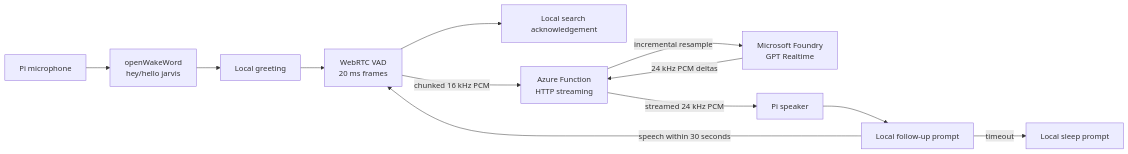
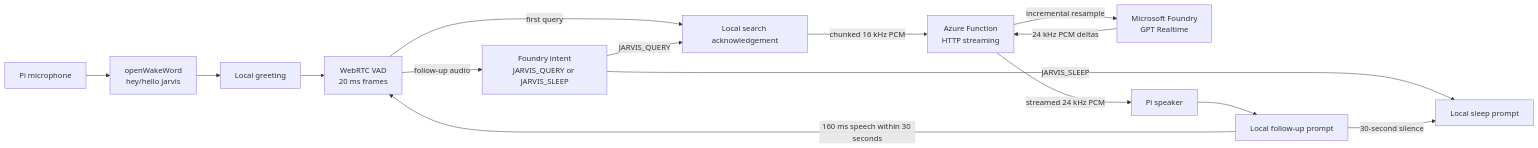
Before and after one commit to khanasif1/jarvis-home-automation: the diagram in _src/docs/architecture.md, drawn with Mermaid. The commit also changed other lines of this file and 17 other files, not shown here.

````diff
--- a/_src/docs/architecture.md
+++ b/_src/docs/architecture.md
@@ -5,14 +5,17 @@
 ```mermaid
 flowchart LR
     Mic[Pi microphone] --> Wake[openWakeWord<br/>hey/hello jarvis]
     Wake --> Greet[Local greeting]
     Greet --> VAD[WebRTC VAD<br/>20 ms frames]
-    VAD --> Search[Local search acknowledgement]
-    VAD -->|chunked 16 kHz PCM| Fn[Azure Function<br/>HTTP streaming]
+    VAD -->|first query| Search[Local search acknowledgement]
+    VAD -->|follow-up audio| Intent[Foundry intent<br/>JARVIS_QUERY or JARVIS_SLEEP]
+    Intent -->|JARVIS_QUERY| Search
+    Search -->|chunked 16 kHz PCM| Fn[Azure Function<br/>HTTP streaming]
     Fn -->|incremental resample| RT[Microsoft Foundry<br/>GPT Realtime]
     RT -->|24 kHz PCM deltas| Fn
     Fn -->|streamed 24 kHz PCM| Speaker[Pi speaker]
     Speaker --> Follow[Local follow-up prompt]
-    Follow -->|speech within 30 seconds| VAD
-    Follow -->|timeout| Sleep[Local sleep prompt]
+    Follow -->|160 ms speech within 30 seconds| VAD
+    Intent -->|JARVIS_SLEEP| Sleep[Local sleep prompt]
+    Follow -->|30-second silence| Sleep
 ```
````
